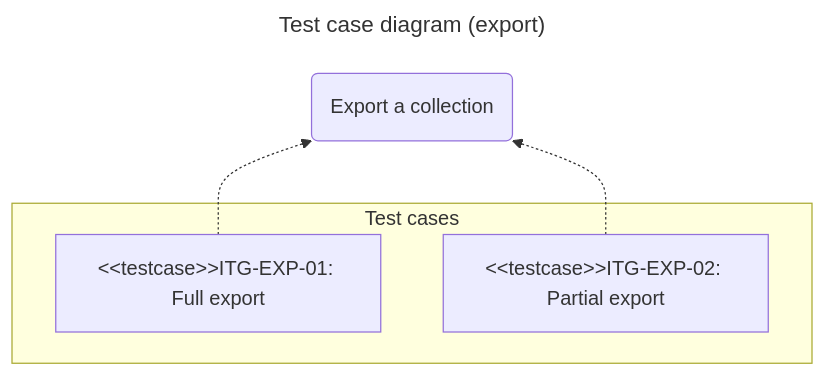
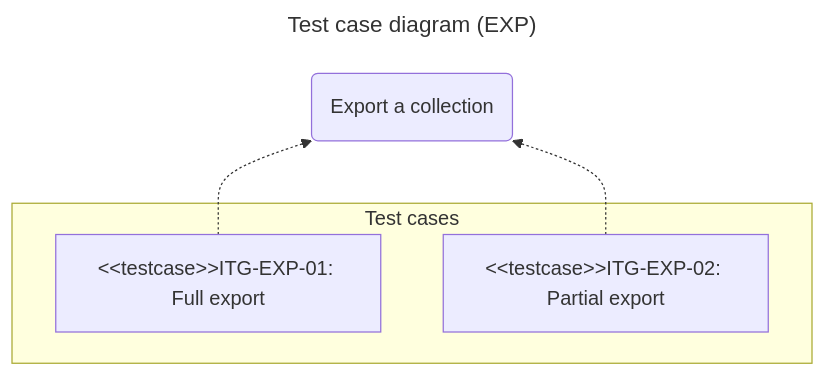
One commit to chromiodev/chromie-tool changed the second of 4 diagrams in docs/spec/tests/integration.en.md. Above: the diagram before and after it, drawn with Mermaid. The commit also changed other lines of this file and 8 other files, not shown here.

````diff
--- a/docs/spec/tests/integration.en.md
+++ b/docs/spec/tests/integration.en.md
@@ -87,18 +87,18 @@
 ```mermaid
 ---
-title: Test case diagram (export)
+title: Test case diagram (EXP)
 config:
 ---
 
 graph BT
   %% use cases
   exportColl@{ shape: "rounded", label: "Export a collection" }
 
   subgraph "Test cases"
     exportFullColl@{ scope="rounded", label: "#lt;#lt;testcase>>ITG-EXP-01: Full export" }
     exportPartialColl@{ scope="rounded", label: "#lt;#lt;testcase>>ITG-EXP-02: Partial export" }
   end
 
   exportFullColl -.-> exportColl
   exportPartialColl -.-> exportColl
 ```
````
